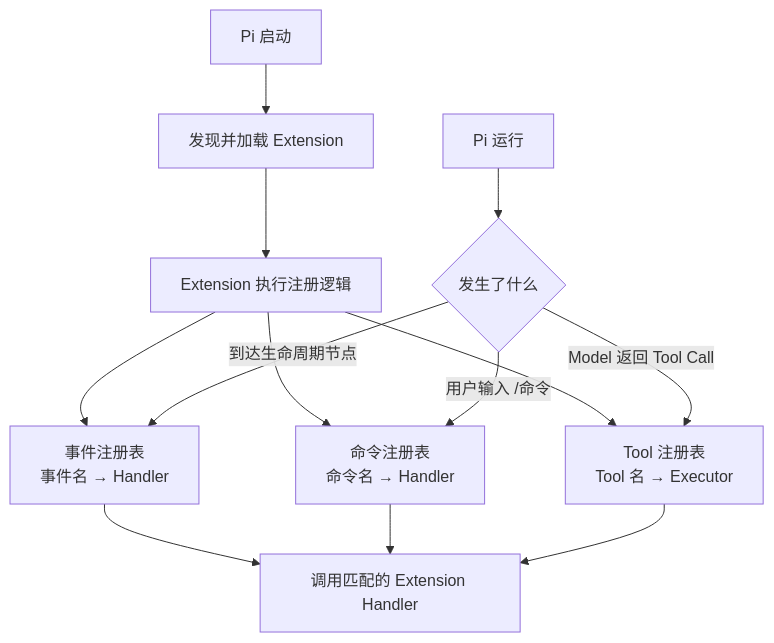
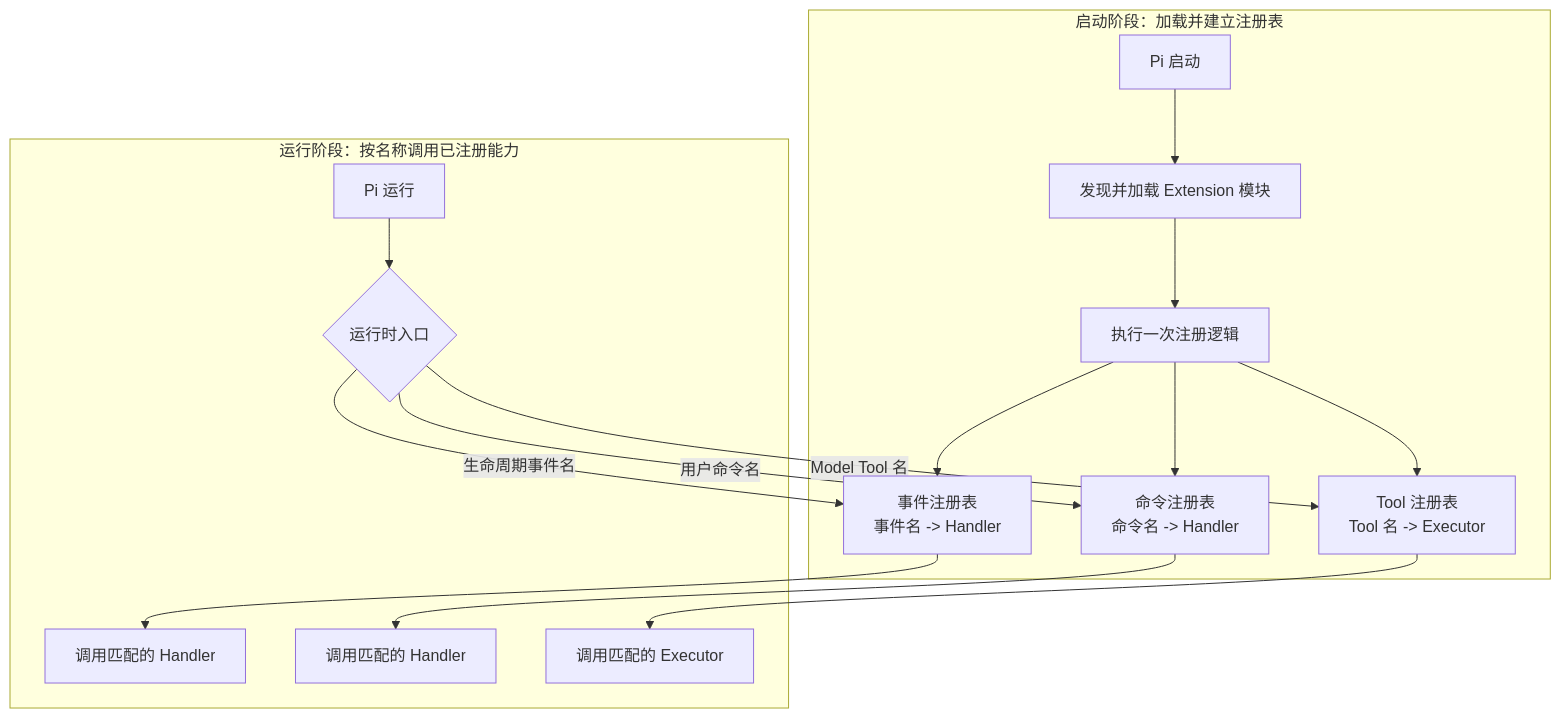
One commit to small-xiexu/pi-study changed the first of 2 diagrams in docs/learning/06-extensions.md. Above: the diagram before and after it, drawn with Mermaid. The commit also changed other lines of this file and 10 other files, not shown here.

````diff
--- a/docs/learning/06-extensions.md
+++ b/docs/learning/06-extensions.md
@@ -84,16 +50,20 @@
 ```mermaid
 flowchart TD
-    A["Pi 启动"] --> B["发现并加载 Extension"]
-    B --> C["Extension 执行注册逻辑"]
-    C --> R1["事件注册表<br/>事件名 → Handler"]
-    C --> R2["命令注册表<br/>命令名 → Handler"]
-    C --> R3["Tool 注册表<br/>Tool 名 → Executor"]
+    subgraph STARTUP["启动阶段：加载并建立注册表"]
+        A["Pi 启动"] --> B["发现并加载 Extension 模块"]
+        B --> C["执行一次注册逻辑"]
+        C --> R1["事件注册表<br/>事件名 -> Handler"]
+        C --> R2["命令注册表<br/>命令名 -> Handler"]
+        C --> R3["Tool 注册表<br/>Tool 名 -> Executor"]
+    end
 
-    D["Pi 运行"] --> E{"发生了什么"}
-    E -->|"到达生命周期节点"| R1
-    E -->|"用户输入 /命令"| R2
-    E -->|"Model 返回 Tool Call"| R3
-    R1 --> H["调用匹配的 Extension Handler"]
-    R2 --> H
-    R3 --> H
+    subgraph RUNTIME["运行阶段：按名称调用已注册能力"]
+        D["Pi 运行"] --> E{"运行时入口"}
+        E -->|"生命周期事件名"| R1
+        E -->|"用户命令名"| R2
+        E -->|"Model Tool 名"| R3
+        R1 --> H1["调用匹配的 Handler"]
+        R2 --> H2["调用匹配的 Handler"]
+        R3 --> H3["调用匹配的 Executor"]
+    end
 ```
````
